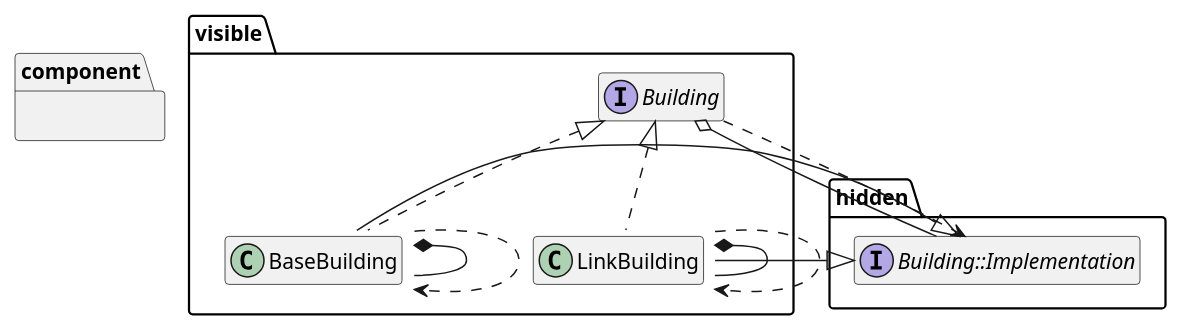
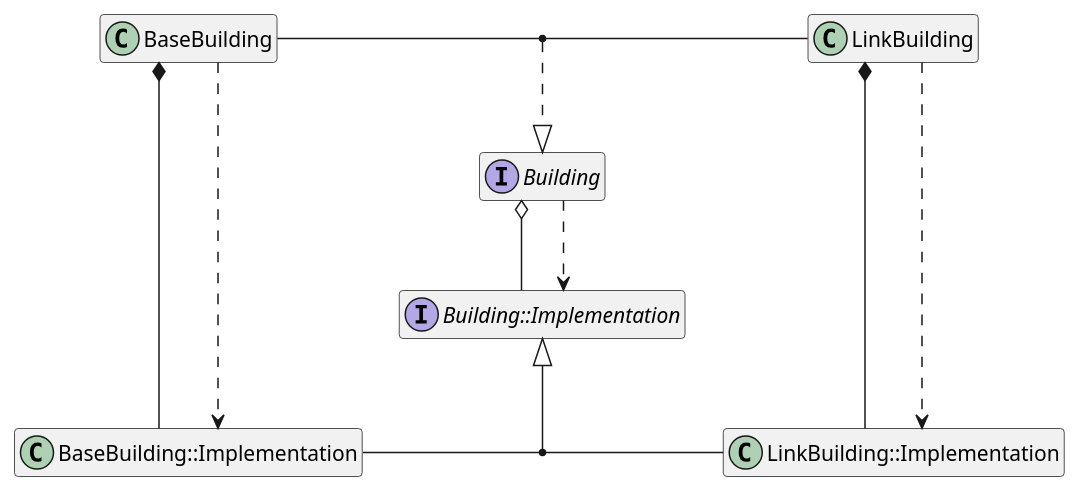
The diagram in docs/UML/Building.puml (Hanssen0/Unnaming_Game), drawn with PlantUML before and after one commit. The commit also changed 1 other file, not shown here.

Commit message:
Edit the class diagram

```diff
--- a/docs/UML/Building.puml
+++ b/docs/UML/Building.puml
@@ -1,21 +1,26 @@
 @startuml
 hide members
-namespace visible {
+skinparam linetype ortho
+together {
   interface Building
-  Building <|.. BaseBuilding
-  Building <|.. LinkBuilding
+  interface Building_Implementation as "Building::Implementation"
 }
-namespace hidden {
-  interface Building::Implementation
-  Building::Implementation <|-- BaseBuilding::Implementation
-  Building::Implementation <|-- LinkBuilding::Implementation
+together {
+  class BaseBuilding
+  class BaseBuilding_Implementation as "BaseBuilding::Implementation"
 }
-namespace component {
-  Building o-- Building::Implementation
-  BaseBuilding *-- BaseBuilding::Implementation
-  LinkBuilding *-- LinkBuilding::Implementation
-  Building ..> Building::Implementation
-  BaseBuilding ..> BaseBuilding::Implementation
-  LinkBuilding ..> LinkBuilding::Implementation
+together {
+  class LinkBuilding
+  class LinkBuilding_Implementation as "LinkBuilding::Implementation"
 }
+Building o-- Building_Implementation
+Building ..> Building_Implementation
+BaseBuilding *---- BaseBuilding_Implementation
+BaseBuilding ....> BaseBuilding_Implementation
+LinkBuilding *---- LinkBuilding_Implementation
+LinkBuilding ....> LinkBuilding_Implementation
+BaseBuilding - LinkBuilding
+(BaseBuilding, LinkBuilding) ..|> Building
+BaseBuilding_Implementation - LinkBuilding_Implementation
+Building_Implementation <|-- (BaseBuilding_Implementation, LinkBuilding_Implementation)
 @enduml
```
